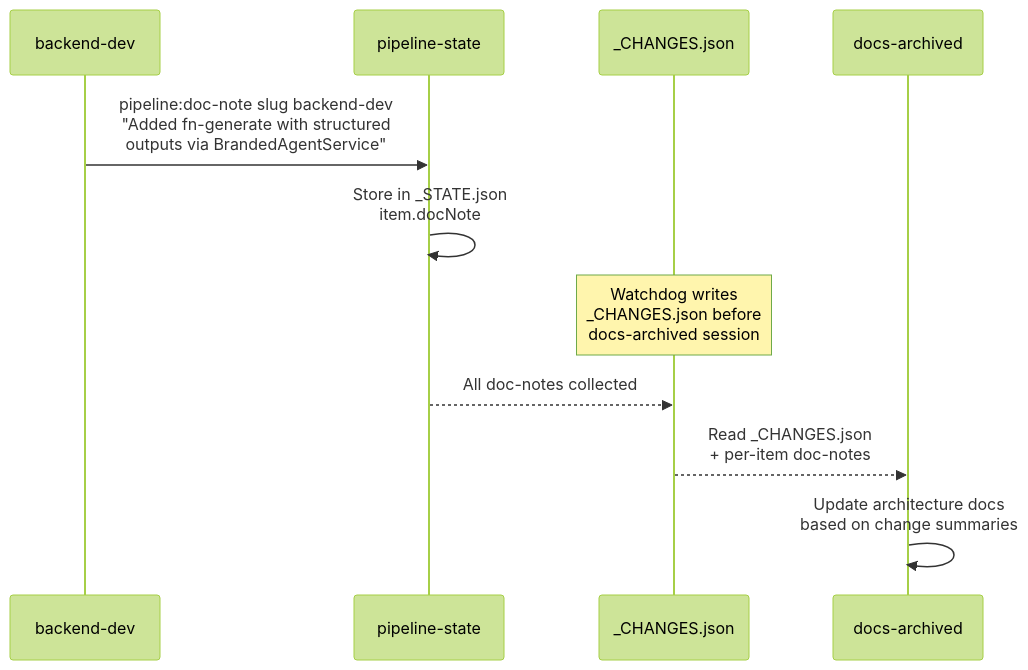
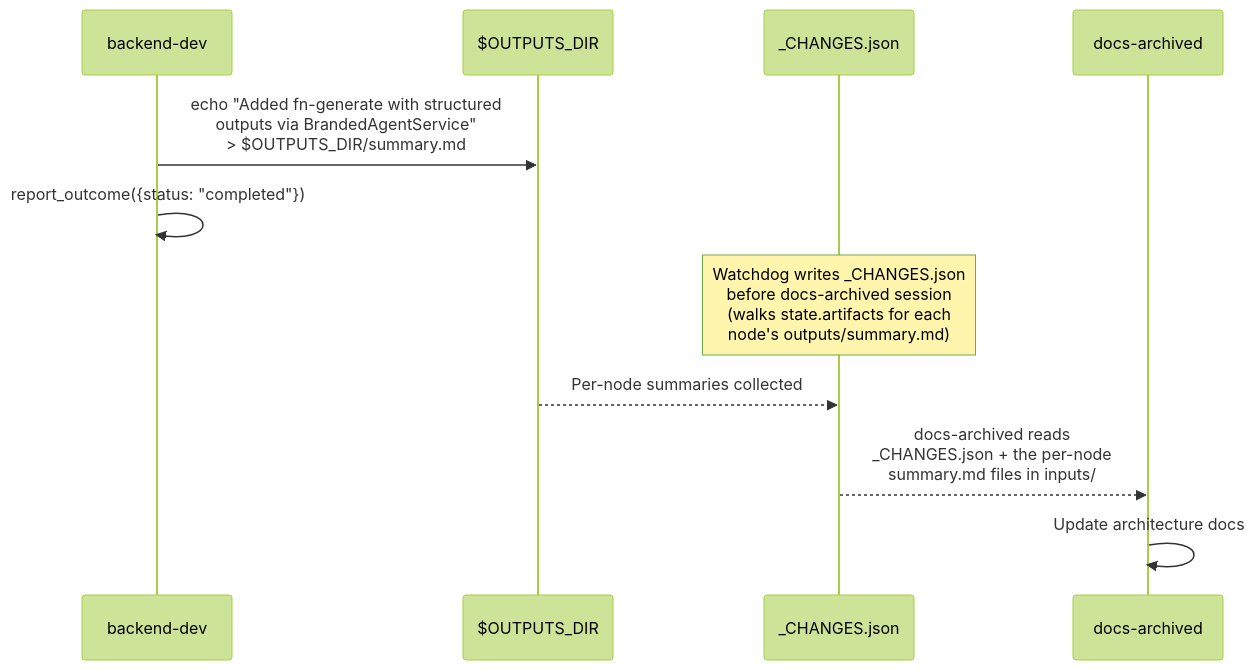
Before and after one commit to RomanKaliupinMelonusa/DAGent-t: the fourth of 9 diagrams in tools/autonomous-factory/docs/05-agents.md, drawn with Mermaid (forest theme). The commit also changed other lines of this file and 199 other files, not shown here.

````diff
--- a/tools/autonomous-factory/docs/05-agents.md
+++ b/tools/autonomous-factory/docs/05-agents.md
@@ -193,16 +193,16 @@
 ```mermaid
 sequenceDiagram
     participant BD as backend-dev
-    participant PS as pipeline-state
+    participant FS as $OUTPUTS_DIR
     participant CJ as _CHANGES.json
     participant DA as docs-archived
 
-    BD->>PS: pipeline:doc-note slug backend-dev<br/>"Added fn-generate with structured<br/>outputs via BrandedAgentService"
-    PS->>PS: Store in _STATE.json<br/>item.docNote
+    BD->>FS: echo "Added fn-generate with structured<br/>outputs via BrandedAgentService"<br/>> $OUTPUTS_DIR/summary.md
+    BD->>BD: report_outcome({status: "completed"})
 
-    Note over CJ: Watchdog writes<br/>_CHANGES.json before<br/>docs-archived session
+    Note over CJ: Watchdog writes _CHANGES.json<br/>before docs-archived session<br/>(walks state.artifacts for each<br/>node's outputs/summary.md)
 
-    PS-->>CJ: All doc-notes collected
-    CJ-->>DA: Read _CHANGES.json<br/>+ per-item doc-notes
-    DA->>DA: Update architecture docs<br/>based on change summaries
+    FS-->>CJ: Per-node summaries collected
+    CJ-->>DA: docs-archived reads<br/>_CHANGES.json + the per-node<br/>summary.md files in inputs/
+    DA->>DA: Update architecture docs
 ```
````
